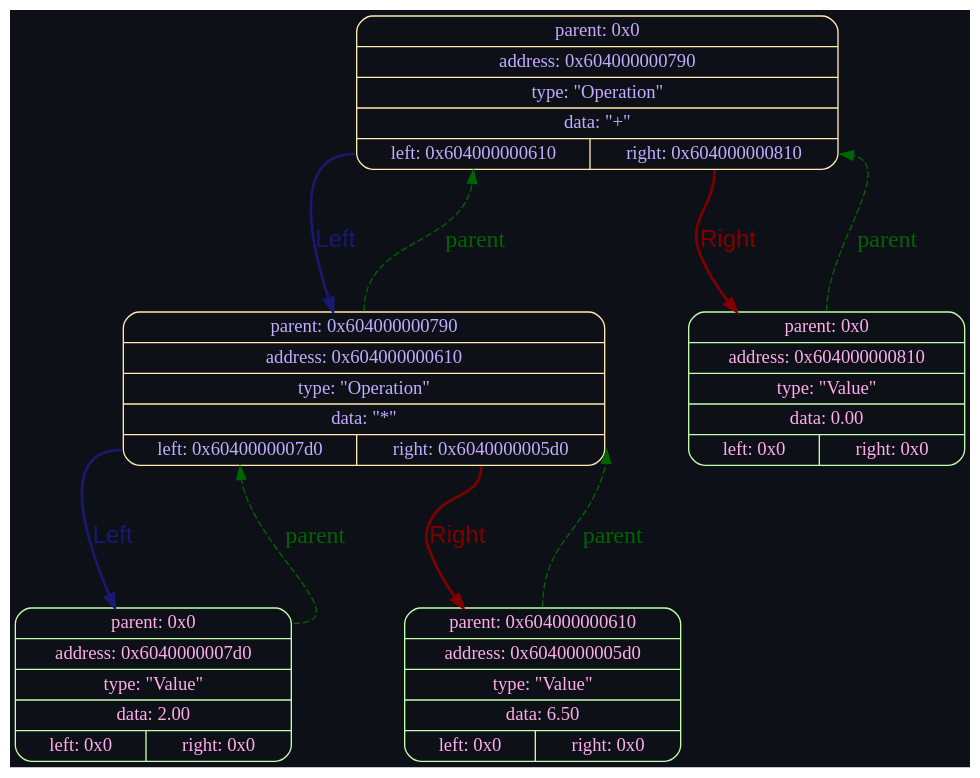
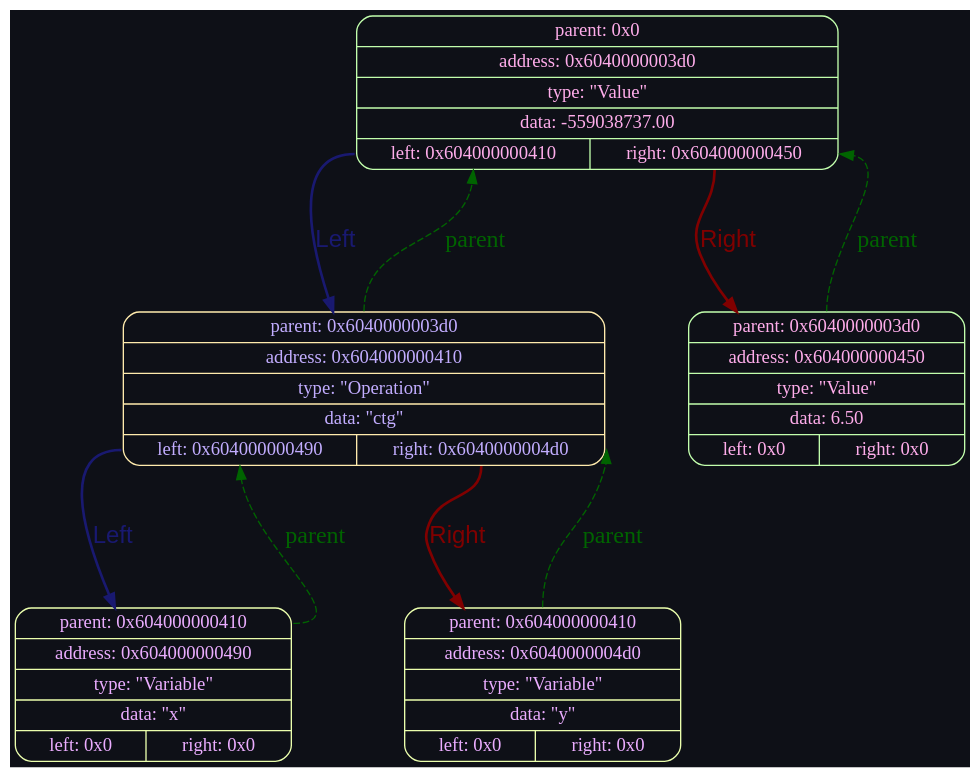
One commit to pwnzrchk/derivative_project changed the diagram in files/9mice.dot. Above: the diagram before and after it, drawn with Graphviz. The commit also changed 24 other files, not shown here.

```diff
--- a/files/9mice.dot
+++ b/files/9mice.dot
@@ -1,28 +1,28 @@
 digraph DifDump {
 	graph [bgcolor = "#0e1017", rankdir=TB, ranksep=1.2, nodesep=0.8];
 	node [shape=record, style="rounded,filled", fillcolor="#FAEBD7"];
 	edge [fontsize=18];
 
-	Node0x604000000790 [shape = Mrecord, style = "rounded", color = "#FFEBAD", fontcolor = "#C2ADFF", label= "{ {<p_parent> parent: 0x0} | {address: 0x604000000790} | {type: \"Operation\"} | { data: \"+\" } | {<p_left> left: 0x604000000610 | <p_right> right: 0x604000000810} } "];
-	Node0x604000000610 [shape = Mrecord, style = "rounded", color = "#FFEBAD", fontcolor = "#C2ADFF", label= "{ {<p_parent> parent: 0x604000000790} | {address: 0x604000000610} | {type: \"Operation\"} | { data: \"*\" } | {<p_left> left: 0x6040000007d0 | <p_right> right: 0x6040000005d0} } "];
-	Node0x6040000007d0 [shape = Mrecord, style = "rounded", color = "#C2FFAD", fontcolor = "#FFADEB", label= "{ {<p_parent> parent: 0x0} | {address: 0x6040000007d0} | {type: \"Value\"} | { data: 2.00 } | {<p_left> left: 0x0 | <p_right> right: 0x0} } "];
-	Node0x6040000005d0 [shape = Mrecord, style = "rounded", color = "#C2FFAD", fontcolor = "#FFADEB", label= "{ {<p_parent> parent: 0x604000000610} | {address: 0x6040000005d0} | {type: \"Value\"} | { data: 6.50 } | {<p_left> left: 0x0 | <p_right> right: 0x0} } "];
-	Node0x604000000810 [shape = Mrecord, style = "rounded", color = "#C2FFAD", fontcolor = "#FFADEB", label= "{ {<p_parent> parent: 0x0} | {address: 0x604000000810} | {type: \"Value\"} | { data: 0.00 } | {<p_left> left: 0x0 | <p_right> right: 0x0} } "];
+	Node0x6040000003d0 [shape = Mrecord, style = "rounded", color = "#C2FFAD", fontcolor = "#FFADEB", label= "{ {<p_parent> parent: 0x0} | {address: 0x6040000003d0} | {type: \"Value\"} | { data: -559038737.00 } | {<p_left> left: 0x604000000410 | <p_right> right: 0x604000000450} } "];
+	Node0x604000000410 [shape = Mrecord, style = "rounded", color = "#FFEBAD", fontcolor = "#C2ADFF", label= "{ {<p_parent> parent: 0x6040000003d0} | {address: 0x604000000410} | {type: \"Operation\"} | { data: \"ctg\" } | {<p_left> left: 0x604000000490 | <p_right> right: 0x6040000004d0} } "];
+	Node0x604000000490 [shape = Mrecord, style = "rounded", color = "#EBFFAD", fontcolor = "#EBADFF", label= "{ {<p_parent> parent: 0x604000000410} | {address: 0x604000000490} | {type: \"Variable\"} | { data: \"x\" } | {<p_left> left: 0x0 | <p_right> right: 0x0} } "];
+	Node0x6040000004d0 [shape = Mrecord, style = "rounded", color = "#EBFFAD", fontcolor = "#EBADFF", label= "{ {<p_parent> parent: 0x604000000410} | {address: 0x6040000004d0} | {type: \"Variable\"} | { data: \"y\" } | {<p_left> left: 0x0 | <p_right> right: 0x0} } "];
+	Node0x604000000450 [shape = Mrecord, style = "rounded", color = "#C2FFAD", fontcolor = "#FFADEB", label= "{ {<p_parent> parent: 0x6040000003d0} | {address: 0x604000000450} | {type: \"Value\"} | { data: 6.50 } | {<p_left> left: 0x0 | <p_right> right: 0x0} } "];
 
-		Node0x604000000790:p_left->Node0x604000000610 [label="Left", arrowhead=normal,fontcolor="#191970", fontname="Arial", color="#191970", style=bold, weight = 1];
-		Node0x604000000610:p_parent->Node0x604000000790:p_left [label="parent", style=dashed, constrain=false, arrowhead=normal,fontcolor="#006400", fontname="Times New Roman", color="#006400"];
+		Node0x6040000003d0:p_left->Node0x604000000410 [label="Left", arrowhead=normal,fontcolor="#191970", fontname="Arial", color="#191970", style=bold, weight = 1];
+		Node0x604000000410:p_parent->Node0x6040000003d0:p_left [label="parent", style=dashed, constrain=false, arrowhead=normal,fontcolor="#006400", fontname="Times New Roman", color="#006400"];
 
-		Node0x604000000610:p_left->Node0x6040000007d0 [label="Left", arrowhead=normal,fontcolor="#191970", fontname="Arial", color="#191970", style=bold, weight = 1];
-		Node0x6040000007d0:p_parent->Node0x604000000610:p_left [label="parent", style=dashed, constrain=false, arrowhead=normal,fontcolor="#006400", fontname="Times New Roman", color="#006400"];
+		Node0x604000000410:p_left->Node0x604000000490 [label="Left", arrowhead=normal,fontcolor="#191970", fontname="Arial", color="#191970", style=bold, weight = 1];
+		Node0x604000000490:p_parent->Node0x604000000410:p_left [label="parent", style=dashed, constrain=false, arrowhead=normal,fontcolor="#006400", fontname="Times New Roman", color="#006400"];
 
 
-		Node0x604000000610:p_right->Node0x6040000005d0 [label="Right", arrowhead=normal,fontcolor="#800000", fontname="Arial", color="#800000", style=bold, weight = 1];
-		Node0x6040000005d0:p_parent->Node0x604000000610:p_right [label="parent", arrowhead=normal,fontcolor="#006400", fontname="Times New Roman", color="#006400", style=dashed, constrain = false];
+		Node0x604000000410:p_right->Node0x6040000004d0 [label="Right", arrowhead=normal,fontcolor="#800000", fontname="Arial", color="#800000", style=bold, weight = 1];
+		Node0x6040000004d0:p_parent->Node0x604000000410:p_right [label="parent", arrowhead=normal,fontcolor="#006400", fontname="Times New Roman", color="#006400", style=dashed, constrain = false];
 
 
 
-		Node0x604000000790:p_right->Node0x604000000810 [label="Right", arrowhead=normal,fontcolor="#800000", fontname="Arial", color="#800000", style=bold, weight = 1];
-		Node0x604000000810:p_parent->Node0x604000000790:p_right [label="parent", arrowhead=normal,fontcolor="#006400", fontname="Times New Roman", color="#006400", style=dashed, constrain = false];
+		Node0x6040000003d0:p_right->Node0x604000000450 [label="Right", arrowhead=normal,fontcolor="#800000", fontname="Arial", color="#800000", style=bold, weight = 1];
+		Node0x604000000450:p_parent->Node0x6040000003d0:p_right [label="parent", arrowhead=normal,fontcolor="#006400", fontname="Times New Roman", color="#006400", style=dashed, constrain = false];
 
 
 }
```
